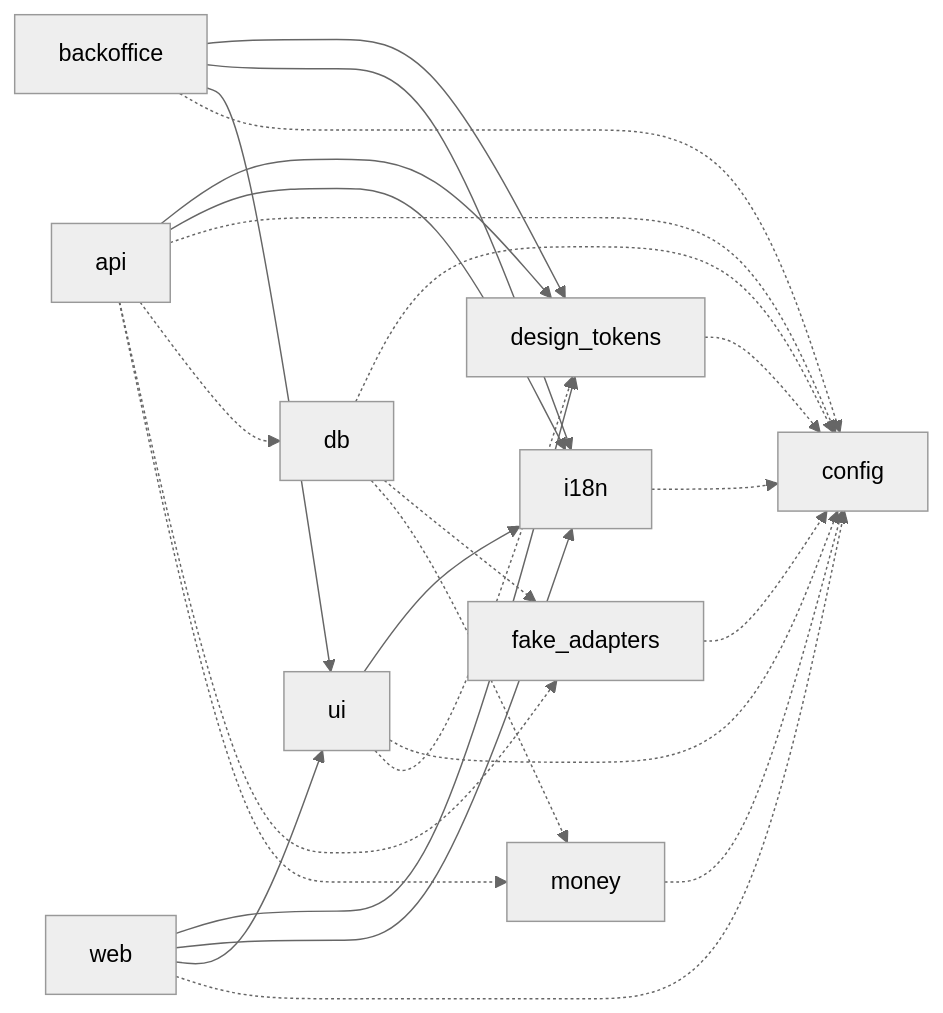
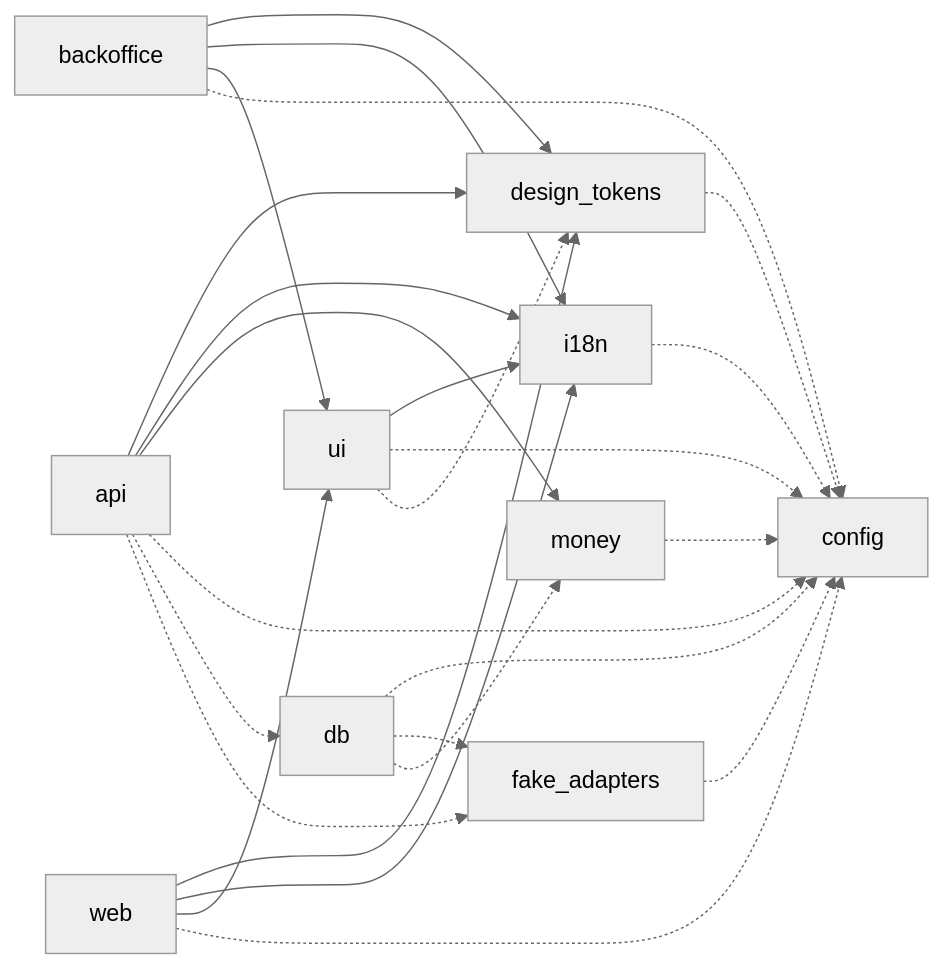
The second of 2 diagrams in docs/architecture/modules.md (Noamgitpty/rueda), drawn with Mermaid (neutral theme) before and after one commit. The commit also changed other lines of this file and 11 other files, not shown here.

````diff
--- a/docs/architecture/modules.md
+++ b/docs/architecture/modules.md
@@ -131,27 +131,27 @@
 ```mermaid
 flowchart LR
   api --> design_tokens
   api --> i18n
+  api --> money
   api -.-> config
   api -.-> db
   api -.-> fake_adapters
-  api -.-> money
   backoffice --> design_tokens
   backoffice --> i18n
   backoffice --> ui
   backoffice -.-> config
   web --> design_tokens
   web --> i18n
   web --> ui
   web -.-> config
   db -.-> config
   db -.-> fake_adapters
   db -.-> money
   design_tokens -.-> config
   fake_adapters -.-> config
   i18n -.-> config
   money -.-> config
   ui --> i18n
   ui -.-> config
   ui -.-> design_tokens
 ```
````
